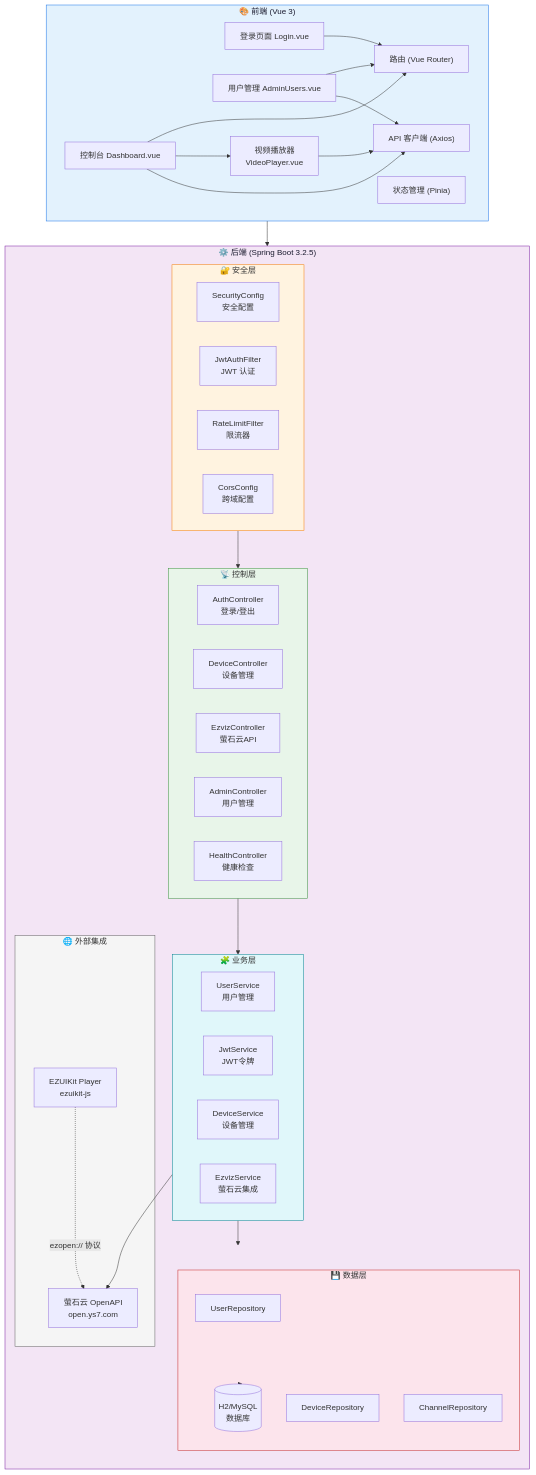
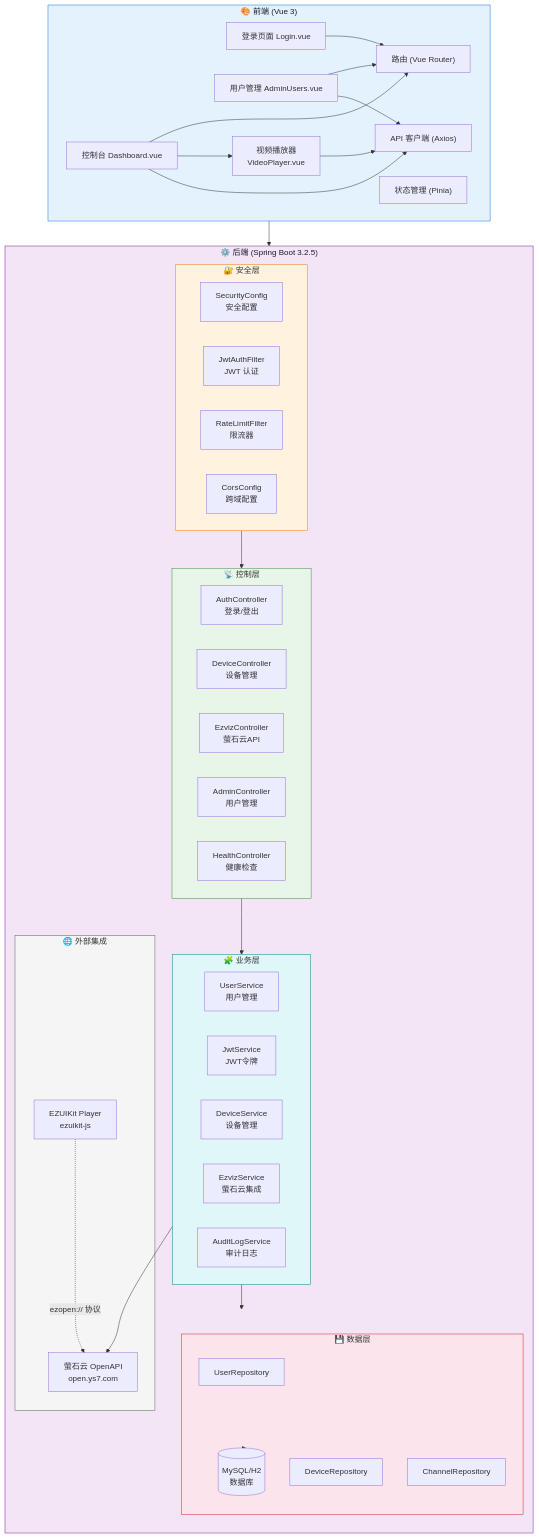
Before and after one commit to qiuyingmu/RealTimeVideo: the diagram in README.md, drawn with Mermaid. The commit also changed other lines of this file, not shown here.

````diff
--- a/README.md
+++ b/README.md
@@ -28,74 +28,75 @@
 ```mermaid
 flowchart TB
     subgraph 前端["🎨 前端 (Vue 3)"]
         Login["登录页面 Login.vue"]
         Dashboard["控制台 Dashboard.vue"]
         Admin["用户管理 AdminUsers.vue"]
         VideoPlayer["视频播放器<br/>VideoPlayer.vue"]
         Store["状态管理 (Pinia)"]
         Router["路由 (Vue Router)"]
         API["API 客户端 (Axios)"]
 
         Login --> Router
         Dashboard --> Router
         Admin --> Router
         Dashboard --> VideoPlayer
         VideoPlayer --> API
         Dashboard --> API
         Admin --> API
     end
 
     subgraph 后端["⚙️ 后端 (Spring Boot 3.2.5)"]
         direction TB
         subgraph 安全层["🔐 安全层"]
             SecurityConfig["SecurityConfig<br/>安全配置"]
             JwtAuthFilter["JwtAuthFilter<br/>JWT 认证"]
             RateLimitFilter["RateLimitFilter<br/>限流器"]
             CorsConfig["CorsConfig<br/>跨域配置"]
         end
 
         subgraph 控制层["📡 控制层"]
             AuthController["AuthController<br/>登录/登出"]
             DeviceController["DeviceController<br/>设备管理"]
             EzvizController["EzvizController<br/>萤石云API"]
             AdminController["AdminController<br/>用户管理"]
             HealthController["HealthController<br/>健康检查"]
         end
 
         subgraph 业务层["🧩 业务层"]
             UserService["UserService<br/>用户管理"]
             JwtService["JwtService<br/>JWT令牌"]
             DeviceService["DeviceService<br/>设备管理"]
             EzvizService["EzvizService<br/>萤石云集成"]
+            AuditLogService["AuditLogService<br/>审计日志"]
         end
 
         subgraph 数据层["💾 数据层"]
             UserRepository["UserRepository"]
             DeviceRepository["DeviceRepository"]
             ChannelRepository["ChannelRepository"]
-            DB[("H2/MySQL<br/>数据库")]
+            DB[("MySQL/H2<br/>数据库")]
         end
 
         subgraph 外部集成["🌐 外部集成"]
             EzvizAPI["萤石云 OpenAPI<br/>open.ys7.com"]
             EZUIKit["EZUIKit Player<br/>ezuikit-js"]
         end
 
         安全层 --> 控制层
         控制层 --> 业务层
         业务层 --> 数据层
         数据层 --> DB
         业务层 --> EzvizAPI
     end
 
     前端 --> 后端
     EZUIKit -.->|"ezopen:// 协议"| EzvizAPI
 
     style 前端 fill:#e3f2fd,stroke:#1a73e8,color:#1a1a2e
     style 后端 fill:#f3e5f5,stroke:#7b1fa2,color:#1a1a2e
     style 安全层 fill:#fff3e0,stroke:#f57c00
     style 控制层 fill:#e8f5e9,stroke:#388e3c
     style 业务层 fill:#e0f7fa,stroke:#00838f
     style 数据层 fill:#fce4ec,stroke:#c62828
     style 外部集成 fill:#f5f5f5,stroke:#616161
 ```
````
